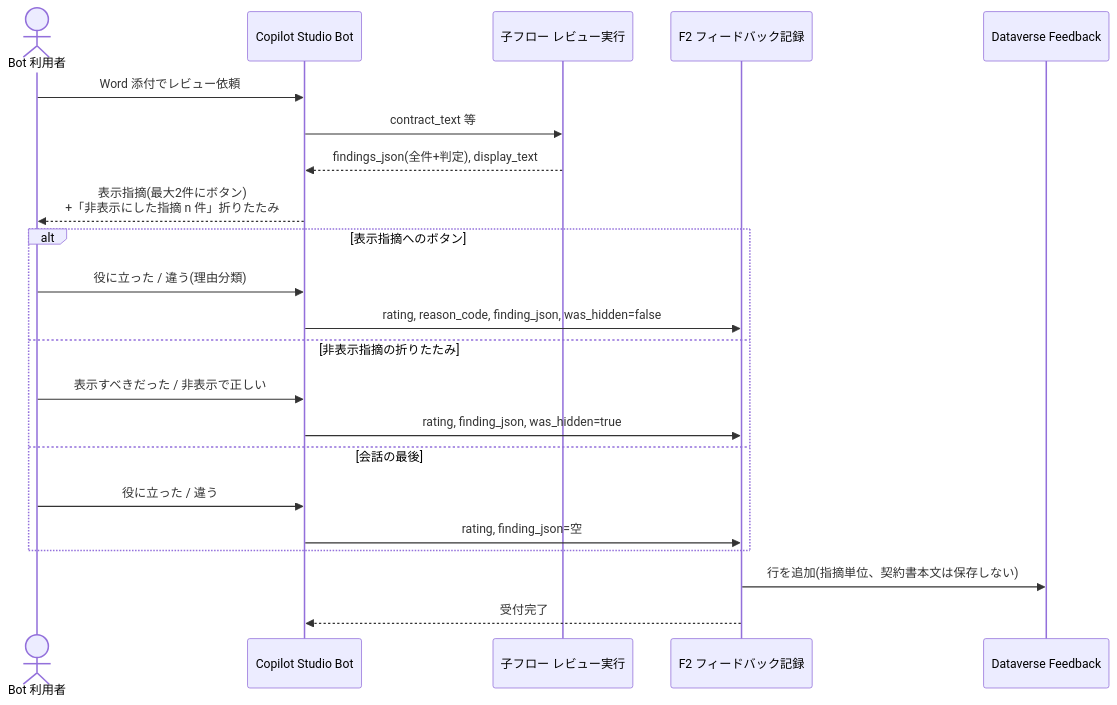
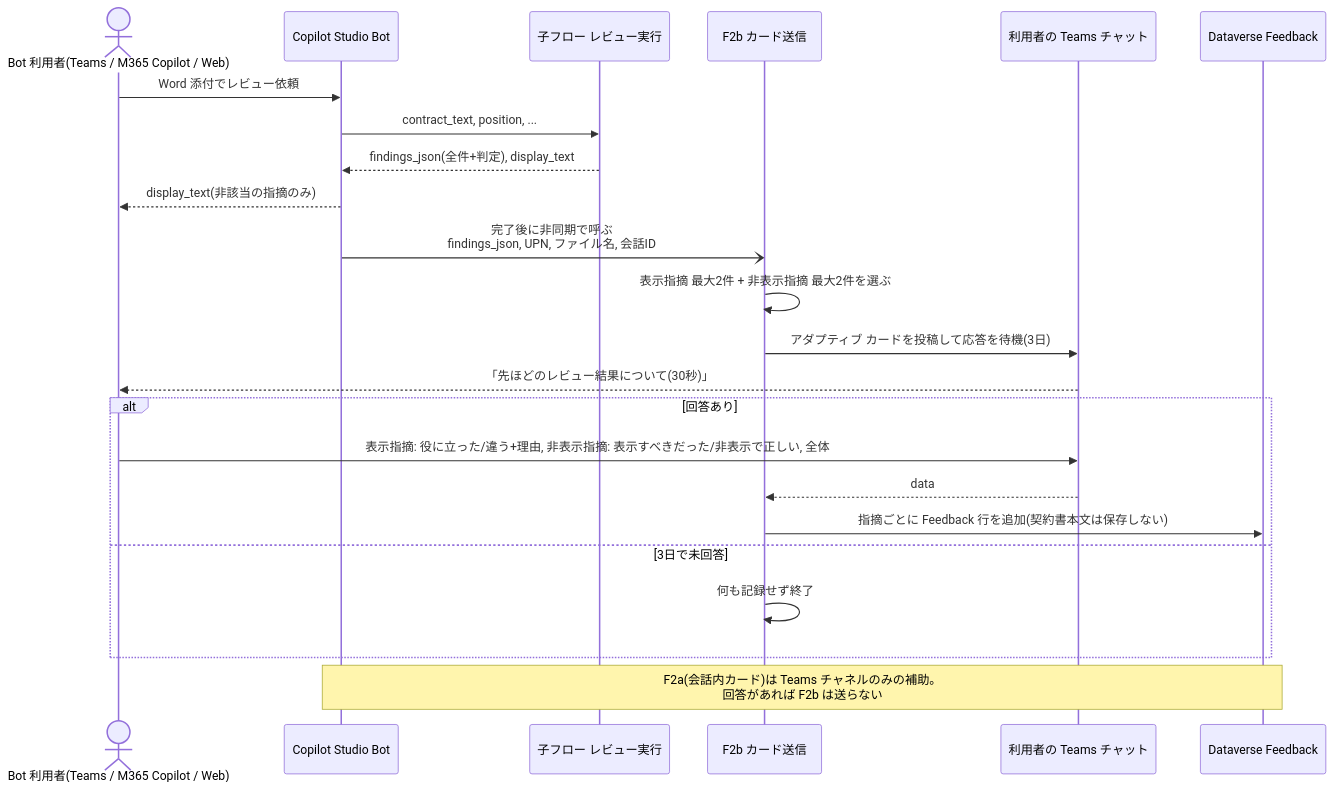
One commit to goro012/claude_code_test changed the seventh of 14 diagrams in docs/09-diagrams.md. Above: the diagram before and after it, drawn with Mermaid. The commit also changed other lines of this file and 11 other files, not shown here.

First line of the commit message:
Teams カードの具体的 UI とチャネル対応(M365 Copilot)を追加

````diff
--- a/docs/09-diagrams.md
+++ b/docs/09-diagrams.md
@@ -273,26 +276,26 @@
 ```mermaid
 sequenceDiagram
-    actor U as Bot 利用者
+    actor U as Bot 利用者(Teams / M365 Copilot / Web)
     participant B as Copilot Studio Bot
     participant CF as 子フロー レビュー実行
-    participant F2 as F2 フィードバック記録
+    participant F2 as F2b カード送信
+    participant T as 利用者の Teams チャット
     participant DV as Dataverse Feedback
 
     U->>B: Word 添付でレビュー依頼
-    B->>CF: contract_text 等
+    B->>CF: contract_text, position, ...
     CF-->>B: findings_json(全件+判定), display_text
-    B-->>U: 表示指摘(最大2件にボタン)<br/>+「非表示にした指摘 n 件」折りたたみ
-
-    alt 表示指摘へのボタン
-        U->>B: 役に立った / 違う(理由分類)
-        B->>F2: rating, reason_code, finding_json, was_hidden=false
-    else 非表示指摘の折りたたみ
-        U->>B: 表示すべきだった / 非表示で正しい
-        B->>F2: rating, finding_json, was_hidden=true
-    else 会話の最後
-        U->>B: 役に立った / 違う
-        B->>F2: rating, finding_json=空
+    B-->>U: display_text(非該当の指摘のみ)
+    B-)F2: 完了後に非同期で呼ぶ<br/>findings_json, UPN, ファイル名, 会話ID
+    F2->>F2: 表示指摘 最大2件 + 非表示指摘 最大2件を選ぶ
+    F2->>T: アダプティブ カードを投稿して応答を待機(3日)
+    T-->>U: 「先ほどのレビュー結果について(30秒)」
+    alt 回答あり
+        U->>T: 表示指摘: 役に立った/違う+理由, 非表示指摘: 表示すべきだった/非表示で正しい, 全体
+        T-->>F2: data
+        F2->>DV: 指摘ごとに Feedback 行を追加(契約書本文は保存しない)
+    else 3日で未回答
+        F2->>F2: 何も記録せず終了
     end
-    F2->>DV: 行を追加(指摘単位、契約書本文は保存しない)
-    F2-->>B: 受付完了
+    Note over B,DV: F2a(会話内カード)は Teams チャネルのみの補助。<br/>回答があれば F2b は送らない
 ```
````
